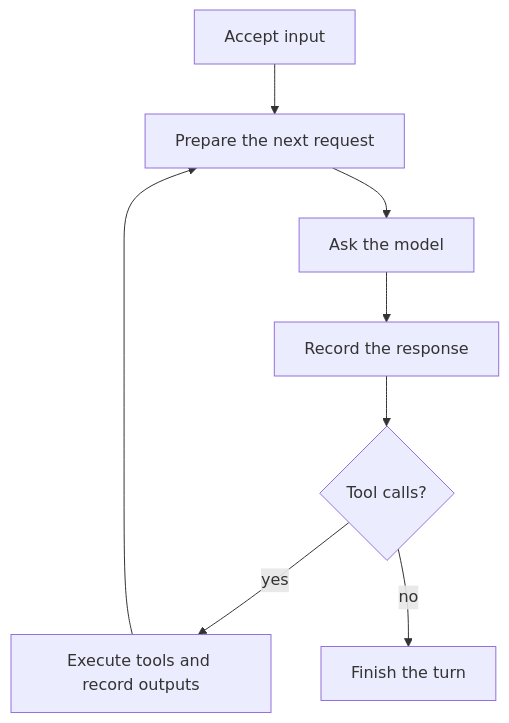
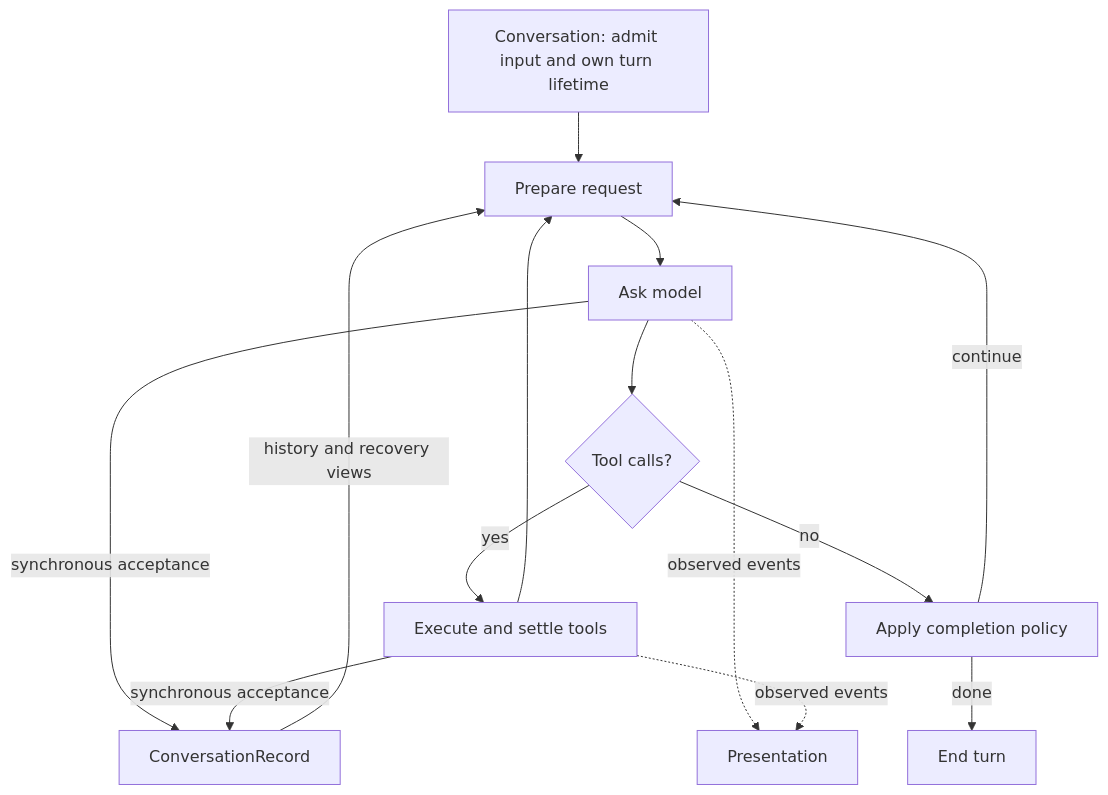
Before and after one commit to qduc/term2: the diagram in docs/design/conversation-core.md, drawn with Mermaid. The commit also changed other lines of this file and 29 other files, not shown here.

Commit message:
Consolidate root conversation acceptance in ConversationRecord

````diff
--- a/docs/design/conversation-core.md
+++ b/docs/design/conversation-core.md
@@ -7,10 +10,16 @@
 ```mermaid
 flowchart TD
-    Input[Accept input] --> Prepare[Prepare the next request]
-    Prepare --> Model[Ask the model]
-    Model --> Record[Record the response]
-    Record --> Calls{Tool calls?}
-    Calls -->|yes| Tools[Execute tools and record outputs]
+    Conversation[Conversation: admit input and own turn lifetime] --> Prepare[Prepare request]
+    Prepare --> Model[Ask model]
+    Model --> Calls{Tool calls?}
+    Calls -->|yes| Tools[Execute and settle tools]
     Tools --> Prepare
-    Calls -->|no| Finish[Finish the turn]
+    Calls -->|no| Finish[Apply completion policy]
+    Finish -->|continue| Prepare
+    Finish -->|done| End[End turn]
+    Model -->|synchronous acceptance| Record[ConversationRecord]
+    Tools -->|synchronous acceptance| Record
+    Record -->|history and recovery views| Prepare
+    Model -. observed events .-> Presentation[Presentation]
+    Tools -. observed events .-> Presentation
 ```
````
